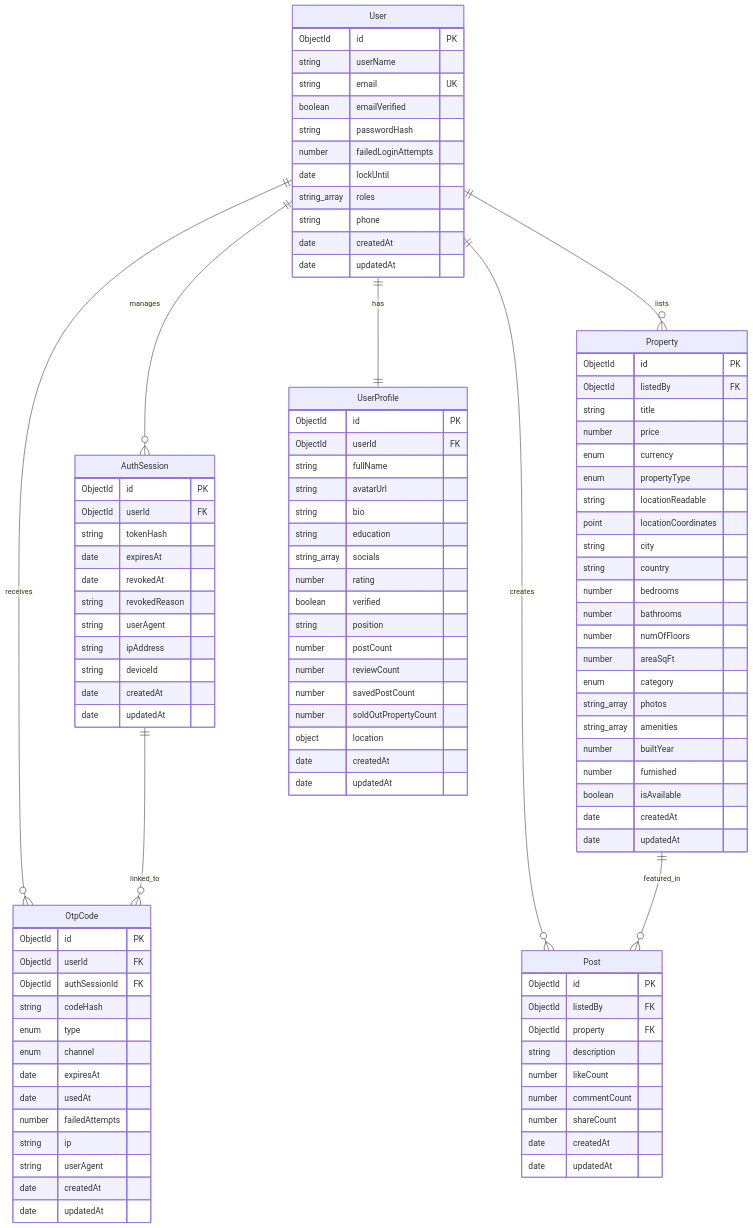
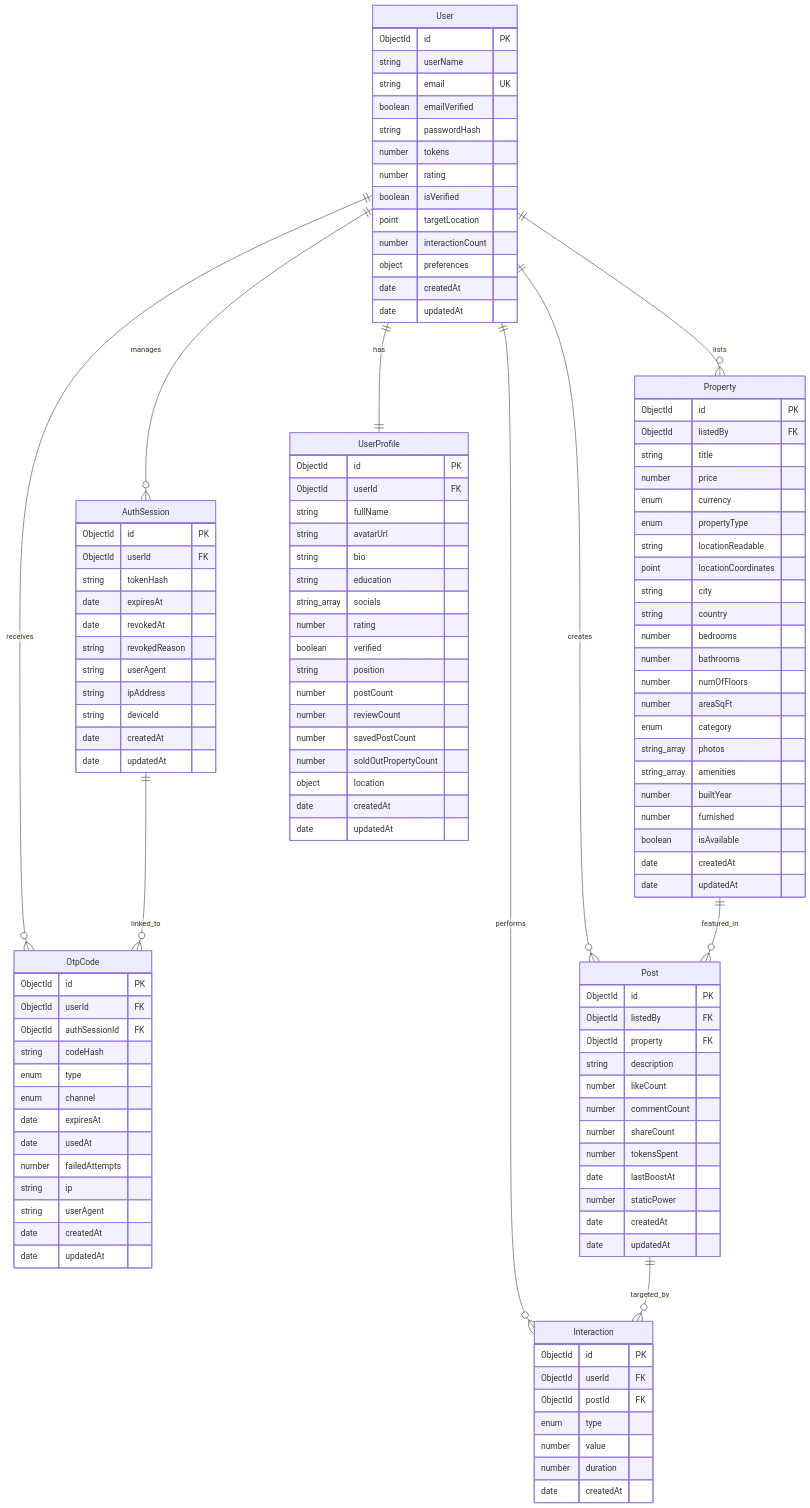
The diagram in doc/ERD/DATABASE_ERD.md (zyneaa/home4you), drawn with Mermaid before and after one commit. The commit also changed 232 other files, not shown here.

````diff
--- a/doc/ERD/DATABASE_ERD.md
+++ b/doc/ERD/DATABASE_ERD.md
@@ -9,9 +9,11 @@
     User ||--o{ Property : "lists"
     User ||--o{ Post : "creates"
     User ||--|| UserProfile : "has"
-
+    User ||--o{ Interaction : "performs"
+    
     Property ||--o{ Post : "featured_in"
     AuthSession ||--o{ OtpCode : "linked_to"
+    Post ||--o{ Interaction : "targeted_by"
 
     User {
         ObjectId id PK
@@ -19,10 +21,12 @@
         string email UK
         boolean emailVerified
         string passwordHash
-        number failedLoginAttempts
-        date lockUntil
-        string_array roles
-        string phone
+        number tokens
+        number rating
+        boolean isVerified
+        point targetLocation
+        number interactionCount
+        object preferences
         date createdAt
         date updatedAt
     }
@@ -110,7 +114,20 @@
         number likeCount
         number commentCount
         number shareCount
+        number tokensSpent
+        date lastBoostAt
+        number staticPower
         date createdAt
         date updatedAt
     }
+
+    Interaction {
+        ObjectId id PK
+        ObjectId userId FK
+        ObjectId postId FK
+        enum type
+        number value
+        number duration
+        date createdAt
+    }
 ```
````
